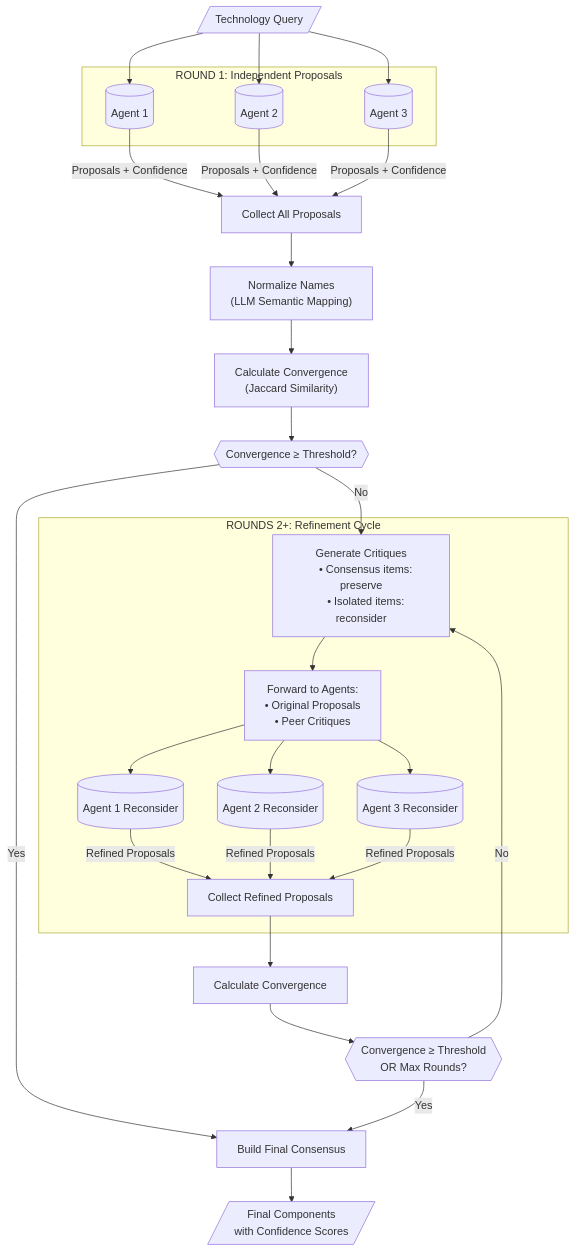
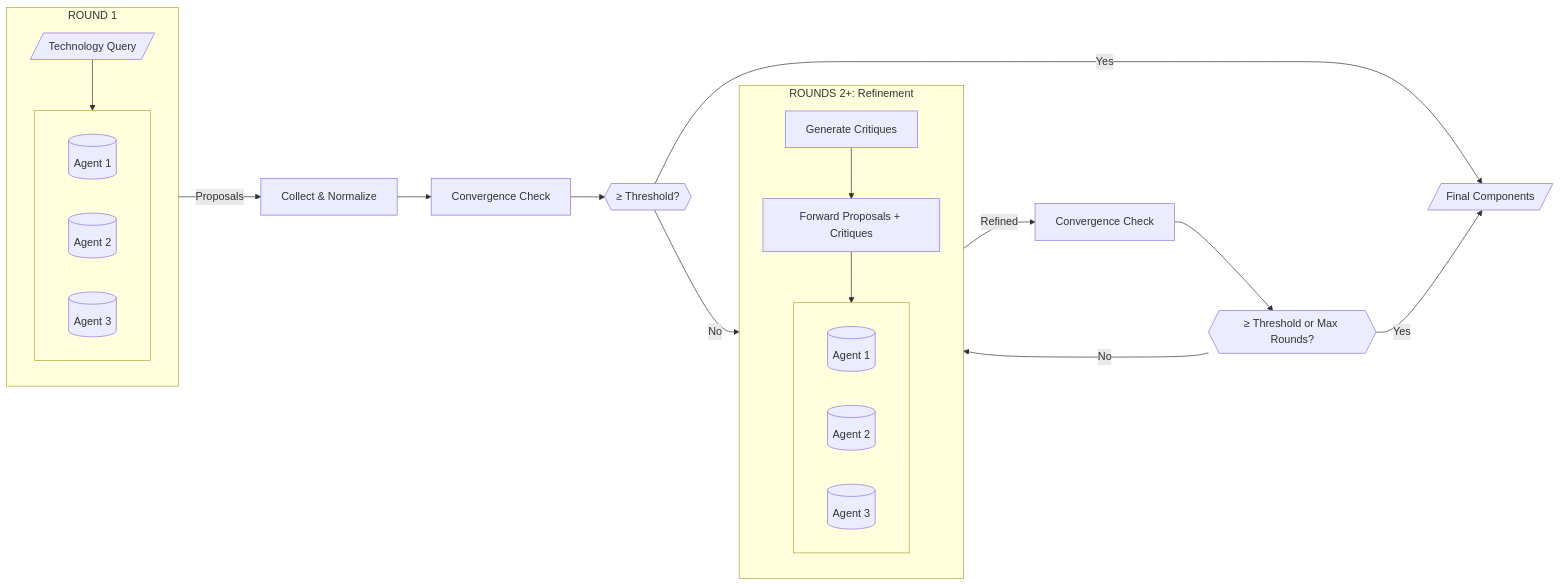
One commit to dads2busy/dpi_stdn_agentic changed the diagram in docs/DEBATE_SYSTEM.md. Above: the diagram before and after it, drawn with Mermaid.

Commit message:
docs: compact Mermaid diagram to fit standard page

````diff
--- a/docs/DEBATE_SYSTEM.md
+++ b/docs/DEBATE_SYSTEM.md
@@ -403,52 +403,31 @@
 ```mermaid
-flowchart TB
-    subgraph Round1["ROUND 1: Independent Proposals"]
-        A1[("Agent 1")]
-        A2[("Agent 2")]
-        A3[("Agent 3")]
+flowchart LR
+    subgraph Round1["ROUND 1"]
+        direction TB
+        Tech[/"Technology Query"/] --> Agents
+        subgraph Agents[" "]
+            A1[("Agent 1")] & A2[("Agent 2")] & A3[("Agent 3")]
+        end
     end
     
-    Tech[/"Technology Query"/] --> A1
-    Tech --> A2
-    Tech --> A3
+    Agents --> |"Proposals"| Collect["Collect & Normalize"]
+    Collect --> Calc["Convergence Check"]
     
-    A1 --> |"Proposals + Confidence"| Collect["Collect All Proposals"]
-    A2 --> |"Proposals + Confidence"| Collect
-    A3 --> |"Proposals + Confidence"| Collect
+    Calc --> Check{{"≥ Threshold?"}}
+    Check --> |"Yes"| Output[/"Final Components"/]
+    Check --> |"No"| Critique["Generate Critiques"]
     
-    Collect --> Normalize["Normalize Names
-    (LLM Semantic Mapping)"]
-    Normalize --> Calc["Calculate Convergence
-    (Jaccard Similarity)"]
-    
-    Calc --> Check{{"Convergence ≥ Threshold?"}}
-    
-    Check --> |"Yes"| Consensus["Build Final Consensus"]
-    Check --> |"No"| Critique["Generate Critiques
-    • Consensus items: preserve
-    • Isolated items: reconsider"]
-    
-    subgraph Loop["ROUNDS 2+: Refinement Cycle"]
-        Critique --> Forward["Forward to Agents:
-        • Original Proposals
-        • Peer Critiques"]
-        
-        Forward --> R1[("Agent 1 Reconsider")]
-        Forward --> R2[("Agent 2 Reconsider")]
-        Forward --> R3[("Agent 3 Reconsider")]
-        
-        R1 --> |"Refined Proposals"| Collect2["Collect Refined Proposals"]
-        R2 --> |"Refined Proposals"| Collect2
-        R3 --> |"Refined Proposals"| Collect2
+    subgraph Loop["ROUNDS 2+: Refinement"]
+        direction TB
+        Critique --> Forward["Forward Proposals + Critiques"]
+        Forward --> Refine
+        subgraph Refine[" "]
+            R1[("Agent 1")] & R2[("Agent 2")] & R3[("Agent 3")]
+        end
     end
     
-    Collect2 --> Calc2["Calculate Convergence"]
-    Calc2 --> Check2{{"Convergence ≥ Threshold
-    OR Max Rounds?"}}
-    
+    Refine --> |"Refined"| Calc2["Convergence Check"]
+    Calc2 --> Check2{{"≥ Threshold or Max Rounds?"}}
     Check2 --> |"No"| Critique
-    Check2 --> |"Yes"| Consensus
-    
-    Consensus --> Output[/"Final Components
-    with Confidence Scores"/]
+    Check2 --> |"Yes"| Output
 ```
````
